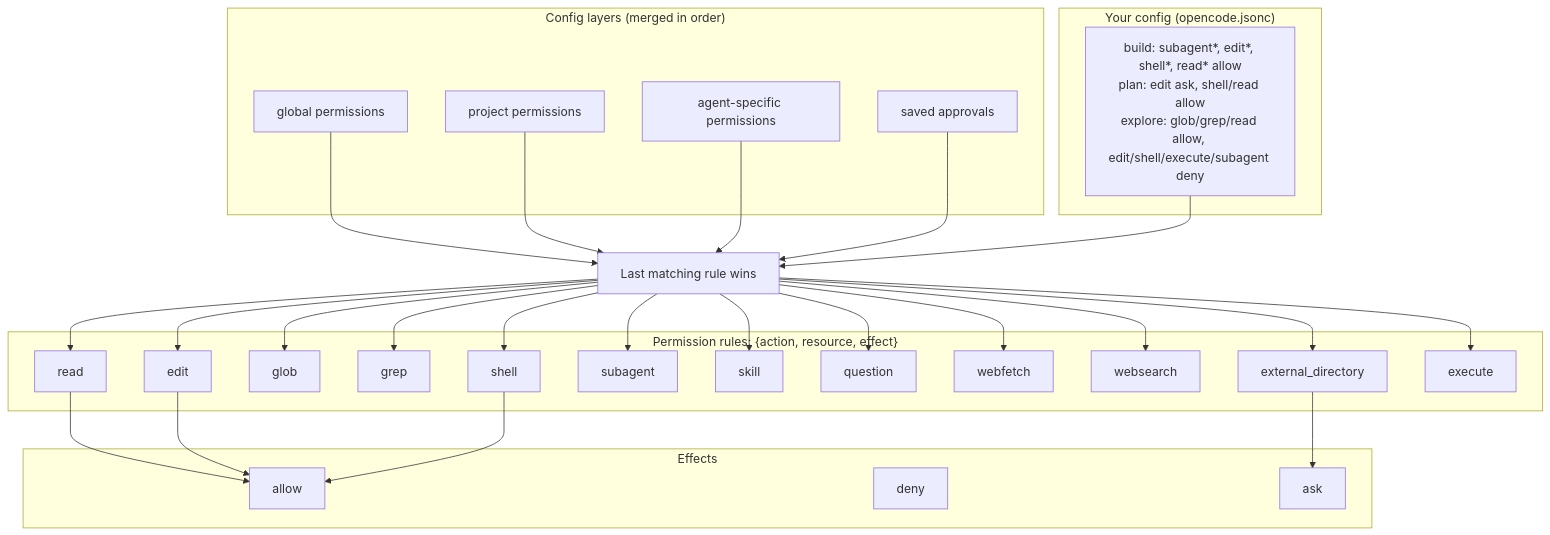
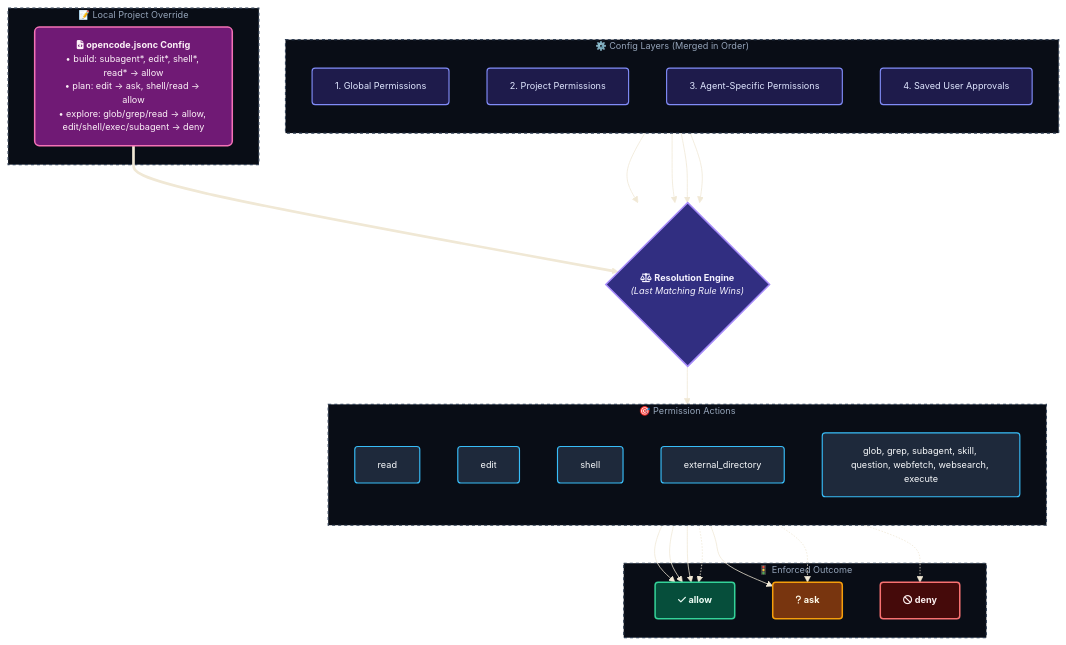
One commit to netplug-me/urban-octo-nerd changed the sixth of 21 diagrams in opencode-v2-internal-flowcharts.md. Above: the diagram before and after it, drawn with Mermaid. The commit also changed other lines of this file, not shown here.

````diff
--- a/opencode-v2-internal-flowcharts.md
+++ b/opencode-v2-internal-flowcharts.md
@@ -160,47 +185,51 @@
 ```mermaid
-graph TB
-    subgraph "Config layers (merged in order)"
-        G[global permissions]
-        P[project permissions]
-        A[agent-specific permissions]
-        SA[saved approvals]
+%%{init: {'theme': 'base', 'themeVariables': { 'fontFamily': 'Fira Code, monospace', 'fontSize': '12px', 'darkMode': true, 'background': '#0f172a'}}}%%
+flowchart TB
+    classDef cfg fill:#1e1b4b,stroke:#818cf8,stroke-width:1.5px,color:#e0e7ff,rx:4px,ry:4px;
+    classDef arbiter fill:#312e81,stroke:#a78bfa,stroke-width:2px,color:#f5f3ff,rx:6px,ry:6px;
+    classDef action fill:#1e293b,stroke:#38bdf8,stroke-width:1.5px,color:#f8fafc,rx:4px,ry:4px;
+    classDef allow fill:#064e3b,stroke:#34d399,stroke-width:2px,color:#ecfdf5,rx:4px,ry:4px;
+    classDef ask fill:#78350f,stroke:#f59e0b,stroke-width:2px,color:#fffbeb,rx:4px,ry:4px;
+    classDef deny fill:#450a0a,stroke:#f87171,stroke-width:2px,color:#fef2f2,rx:4px,ry:4px;
+    classDef userCfg fill:#701a75,stroke:#f472b6,stroke-width:2px,color:#fdf2f8,rx:6px,ry:6px;
+    classDef subStyle fill:#090d16,stroke:#334155,stroke-width:1.5px,stroke-dasharray: 4 4,color:#94a3b8;
+
+    subgraph CONFIG_LAYERS[" ⚙️ Config Layers (Merged in Order) "]
+        direction TB
+        G["1. Global Permissions"]:::cfg
+        P["2. Project Permissions"]:::cfg
+        A["3. Agent-Specific Permissions"]:::cfg
+        SA["4. Saved User Approvals"]:::cfg
     end
 
-    subgraph "Permission rules: {action, resource, effect}"
-        R1[read]
-        R2[edit]
-        R3[glob]
-        R4[grep]
-        R5[shell]
-        R6[subagent]
-        R7[skill]
-        R8[question]
-        R9[webfetch]
-        R10[websearch]
-        R11[external_directory]
-        R12[execute]
+    subgraph LOCAL_OVERRIDE[" 📝 Local Project Override "]
+        YourPerm["fa:fa-file-code <b>opencode.jsonc Config</b><br/>• build: subagent*, edit*, shell*, read* → allow<br/>• plan: edit → ask, shell/read → allow<br/>• explore: glob/grep/read → allow, edit/shell/exec/subagent → deny"]:::userCfg
     end
 
-    subgraph "Effects"
-        AL[allow]
-        DK[deny]
-        ASK[ask]
+    LastMatch{"fa:fa-scale-balanced <b>Resolution Engine</b><br/><i>(Last Matching Rule Wins)</i>"}:::arbiter
+
+    subgraph ACTIONS[" 🎯 Permission Actions "]
+        direction TB
+        R1["read"]:::action
+        R2["edit"]:::action
+        R5["shell"]:::action
+        R11["external_directory"]:::action
+        ROther["glob, grep, subagent, skill, question, webfetch, websearch, execute"]:::action
     end
 
-    G --> LastMatch["Last matching rule wins"]
-    P --> LastMatch
-    A --> LastMatch
-    SA --> LastMatch
-
-    LastMatch --> R1 & R2 & R3 & R4 & R5 & R6 & R7 & R8 & R9 & R10 & R11 & R12
-    R1 --> AL
-    R2 --> AL
-    R5 --> AL
-    R11 --> ASK
-
-    subgraph "Your config (opencode.jsonc)"
-        YourPerm["build: subagent*, edit*, shell*, read* allow<br/>plan: edit ask, shell/read allow<br/>explore: glob/grep/read allow, edit/shell/execute/subagent deny"]
+    subgraph EFFECTS[" 🚦 Enforced Outcome "]
+        AL["fa:fa-check <b>allow</b>"]:::allow
+        ASK["fa:fa-question <b>ask</b>"]:::ask
+        DK["fa:fa-ban <b>deny</b>"]:::deny
     end
 
-    YourPerm --> LastMatch
+    G & P & A & SA --> LastMatch
+    YourPerm ==> LastMatch
+
+    LastMatch --> ACTIONS
+    R1 & R2 & R5 --> AL
+    R11 --> ASK
+    ROther -.-> AL & ASK & DK
+
+    class CONFIG_LAYERS,LOCAL_OVERRIDE,ACTIONS,EFFECTS subStyle;
 ```
````
